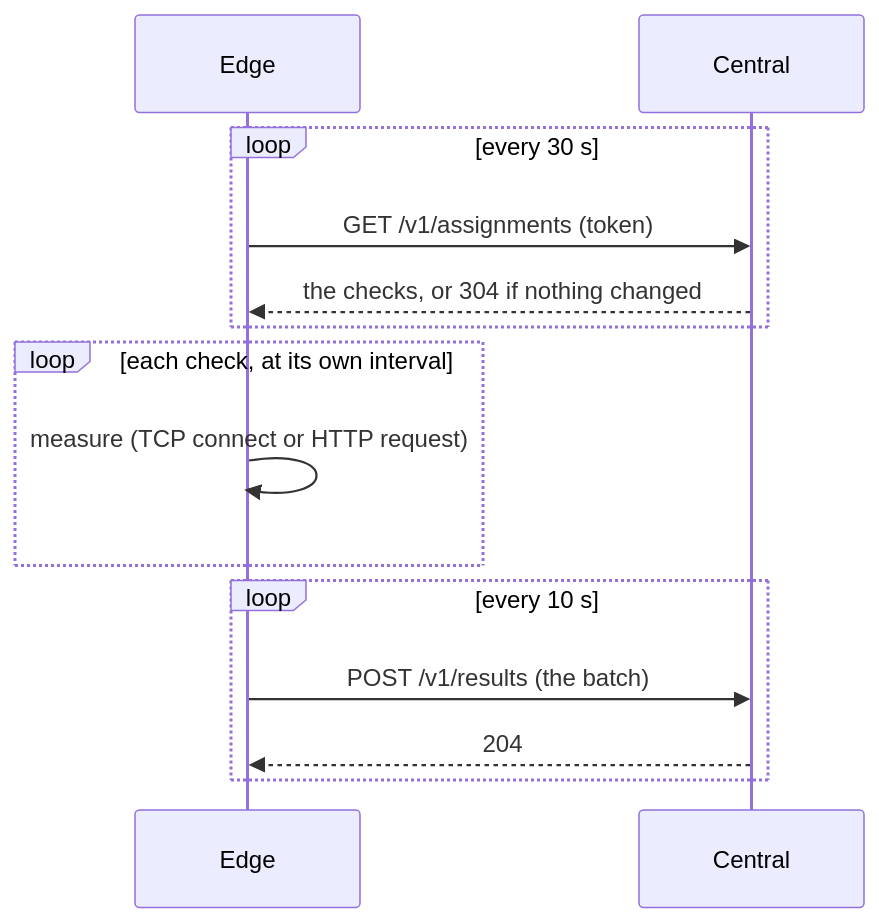
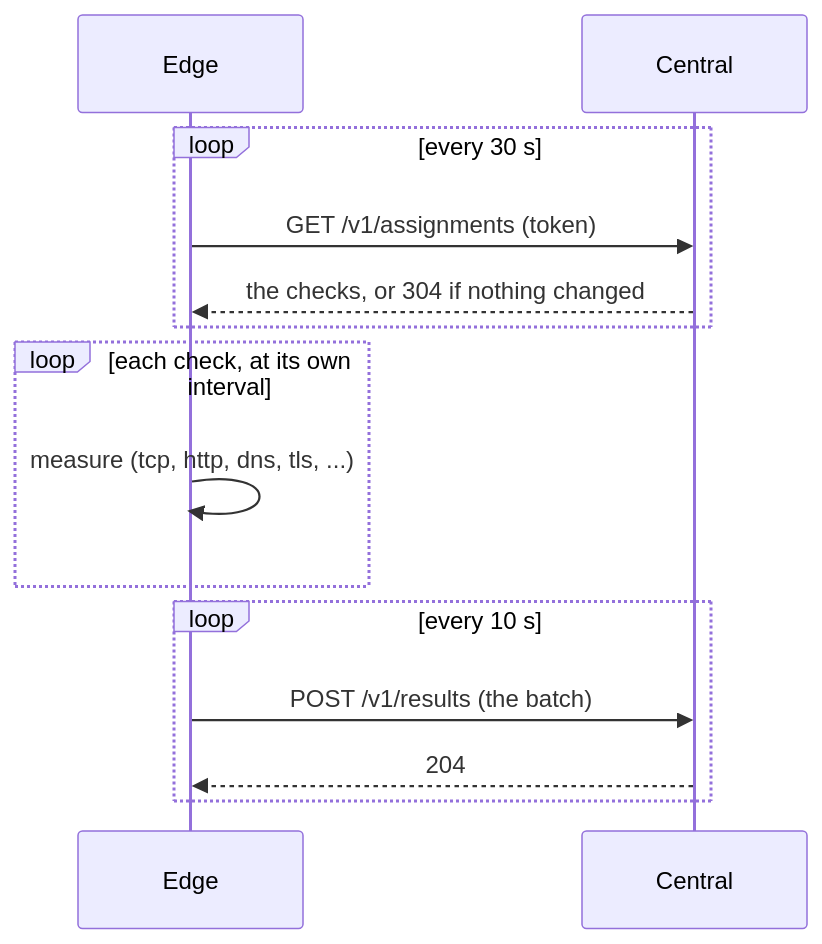
One commit to Arylite/netprobe changed the diagram in docs/edges.md. Above: the diagram before and after it, drawn with Mermaid. The commit also changed other lines of this file and 18 other files, not shown here.

````diff
--- a/docs/edges.md
+++ b/docs/edges.md
@@ -7,16 +13,16 @@
 ```mermaid
 sequenceDiagram
     participant E as Edge
     participant C as Central
     loop every 30 s
         E->>C: GET /v1/assignments (token)
         C-->>E: the checks, or 304 if nothing changed
     end
     loop each check, at its own interval
-        E->>E: measure (TCP connect or HTTP request)
+        E->>E: measure (tcp, http, dns, tls, ...)
     end
     loop every 10 s
         E->>C: POST /v1/results (the batch)
         C-->>E: 204
     end
 ```
````
